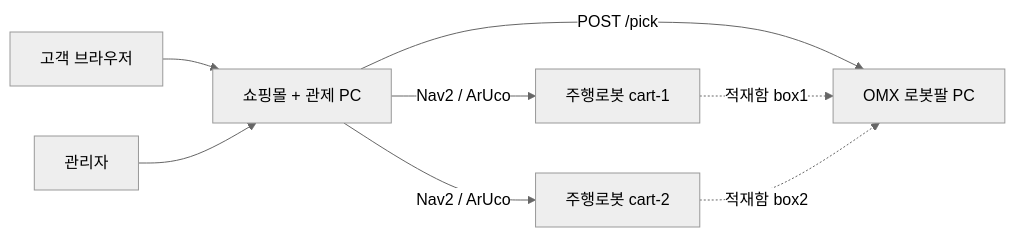
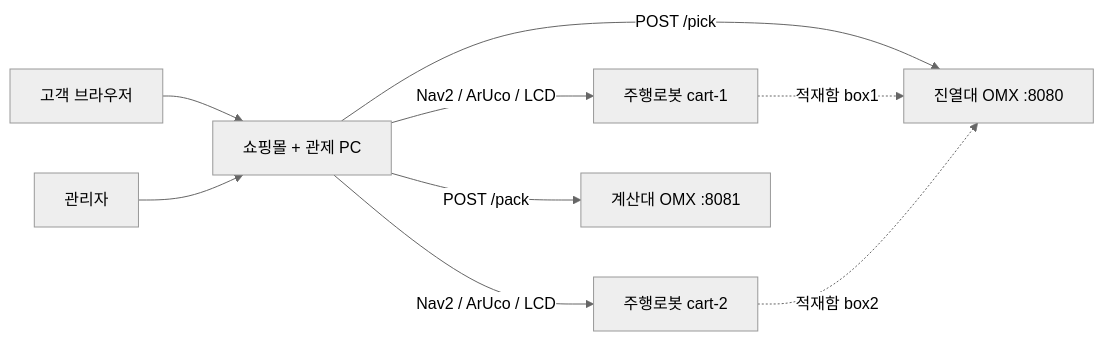
Before and after one commit to hyj07003/PS_project: the first of 11 diagrams in README.md, drawn with Mermaid (neutral theme). The commit also changed other lines of this file and 10 other files, not shown here.

````diff
--- a/README.md
+++ b/README.md
@@ -45,17 +46,19 @@
 ```mermaid
 flowchart LR
   Customer[고객 브라우저]
   Admin[관리자]
   Shop[쇼핑몰 + 관제 PC]
   Cart1[주행로봇 cart-1]
   Cart2[주행로봇 cart-2]
-  Arm[OMX 로봇팔 PC]
+  ShelfArm[진열대 OMX :8080]
+  PackArm[계산대 OMX :8081]
 
   Customer --> Shop
   Admin --> Shop
-  Shop -->|Nav2 / ArUco| Cart1
-  Shop -->|Nav2 / ArUco| Cart2
-  Shop -->|POST /pick| Arm
-  Cart1 -.->|적재함 box1| Arm
-  Cart2 -.->|적재함 box2| Arm
+  Shop -->|Nav2 / ArUco / LCD| Cart1
+  Shop -->|Nav2 / ArUco / LCD| Cart2
+  Shop -->|POST /pick| ShelfArm
+  Shop -->|POST /pack| PackArm
+  Cart1 -.->|적재함 box1| ShelfArm
+  Cart2 -.->|적재함 box2| ShelfArm
 ```
````
